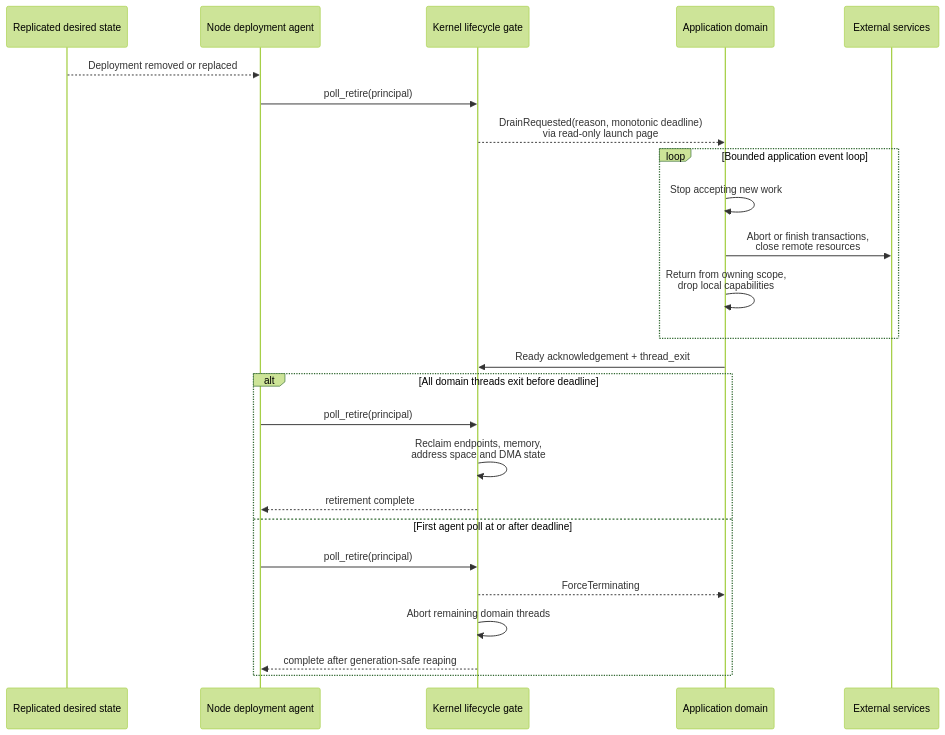
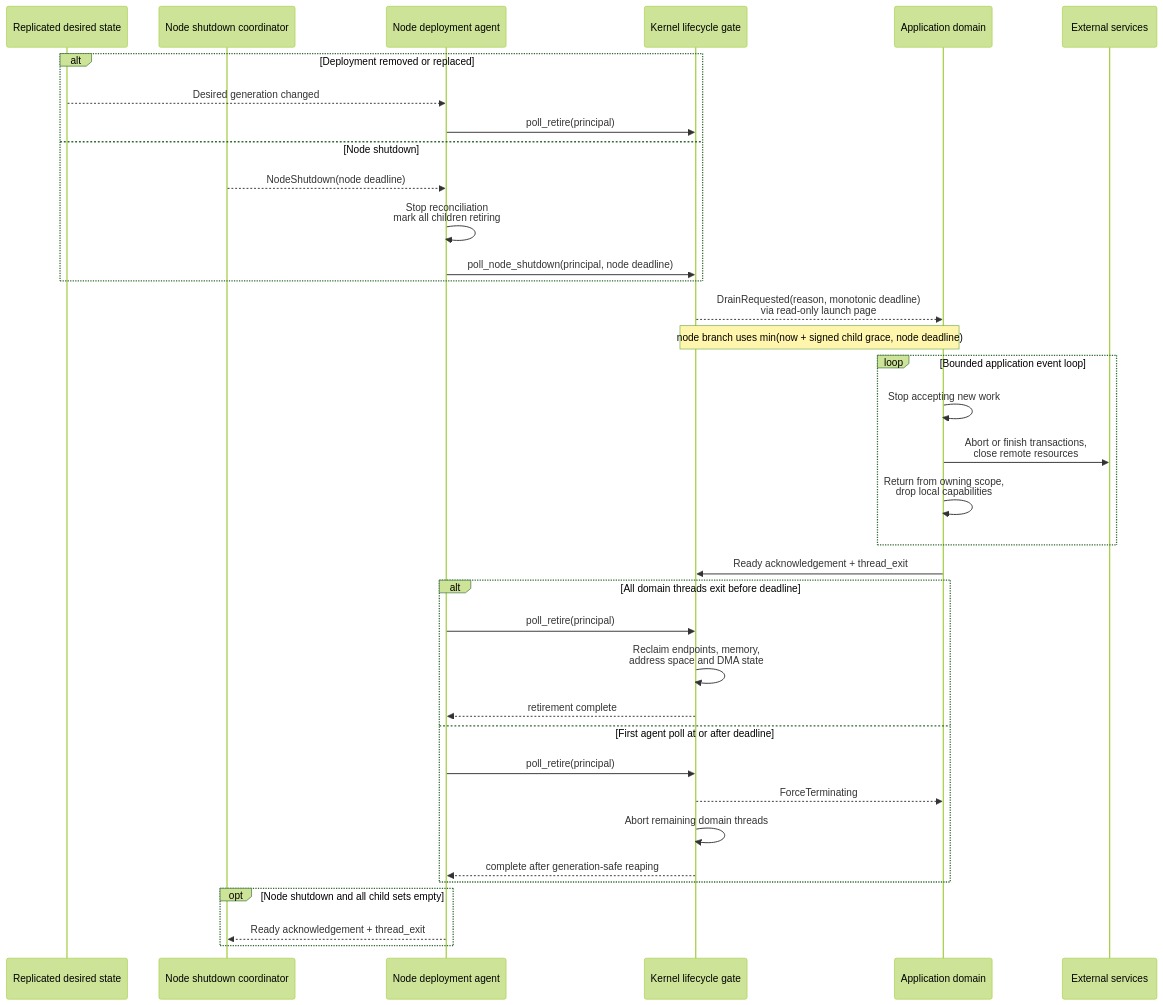
Diagram 12 of 12 in docs/figures.md (FrodeRanders/charlotte-os), drawn with Mermaid (forest theme) before and after one commit. The commit also changed other lines of this file and 14 other files, not shown here.

Commit message:
Propagate node shutdown through deployments

````diff
--- a/docs/figures.md
+++ b/docs/figures.md
@@ -550,28 +550,39 @@
 ```mermaid
 sequenceDiagram
 participant R as Replicated desired state
+participant N as Node shutdown coordinator
 participant A as Node deployment agent
 participant K as Kernel lifecycle gate
 participant P as Application domain
 participant E as External services
 
-      R-->>A: Deployment removed or replaced
-      A->>K: poll_retire(principal)
+      alt Deployment removed or replaced
+          R-->>A: Desired generation changed
+          A->>K: poll_retire(principal)
+      else Node shutdown
+          N-->>A: NodeShutdown(node deadline)
+          A->>A: Stop reconciliation<br/>mark all children retiring
+          A->>K: poll_node_shutdown(principal, node deadline)
+      end
       K-->>P: DrainRequested(reason, monotonic deadline)<br/>via read-only launch page
+      Note over K,P: node branch uses min(now + signed child grace, node deadline)
       loop Bounded application event loop
           P->>P: Stop accepting new work
           P->>E: Abort or finish transactions,<br/>close remote resources
           P->>P: Return from owning scope,<br/>drop local capabilities
       end
       P->>K: Ready acknowledgement + thread_exit
       alt All domain threads exit before deadline
           A->>K: poll_retire(principal)
           K->>K: Reclaim endpoints, memory,<br/>address space and DMA state
           K-->>A: retirement complete
       else First agent poll at or after deadline
           A->>K: poll_retire(principal)
           K-->>P: ForceTerminating
           K->>K: Abort remaining domain threads
           K-->>A: complete after generation-safe reaping
       end
+      opt Node shutdown and all child sets empty
+          A-->>N: Ready acknowledgement + thread_exit
+      end
 ```
````
